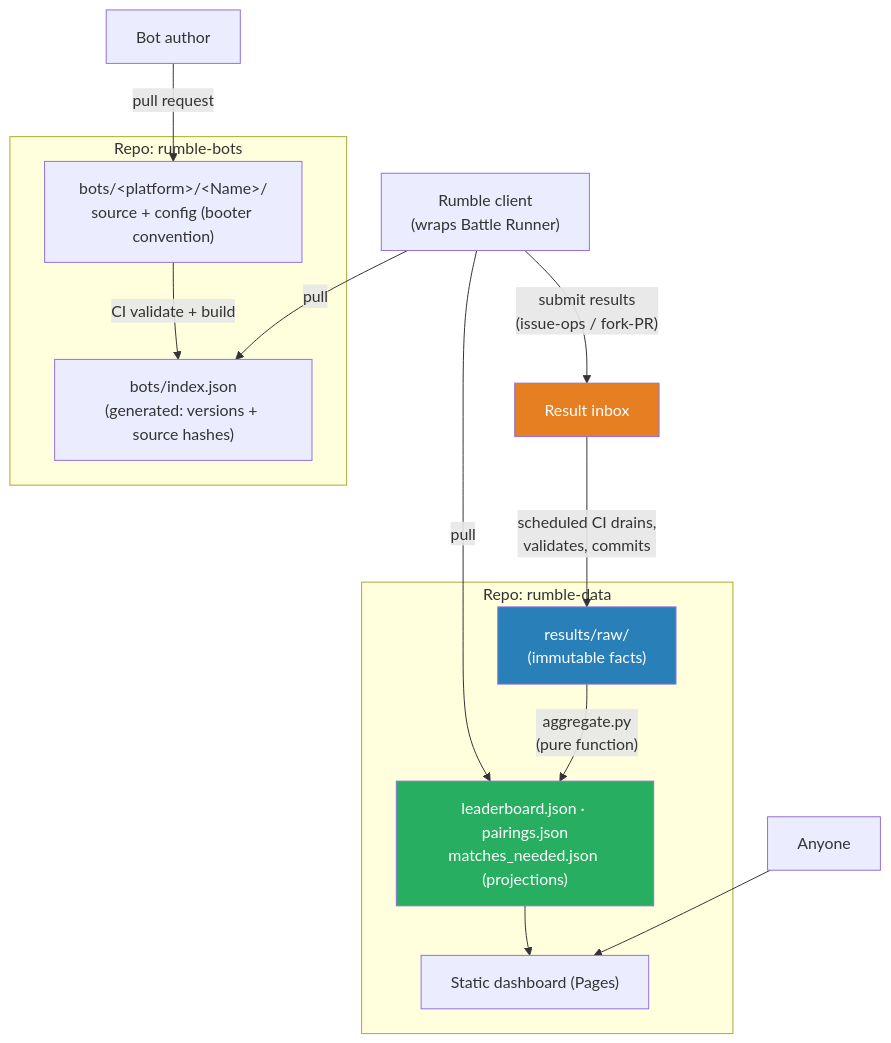
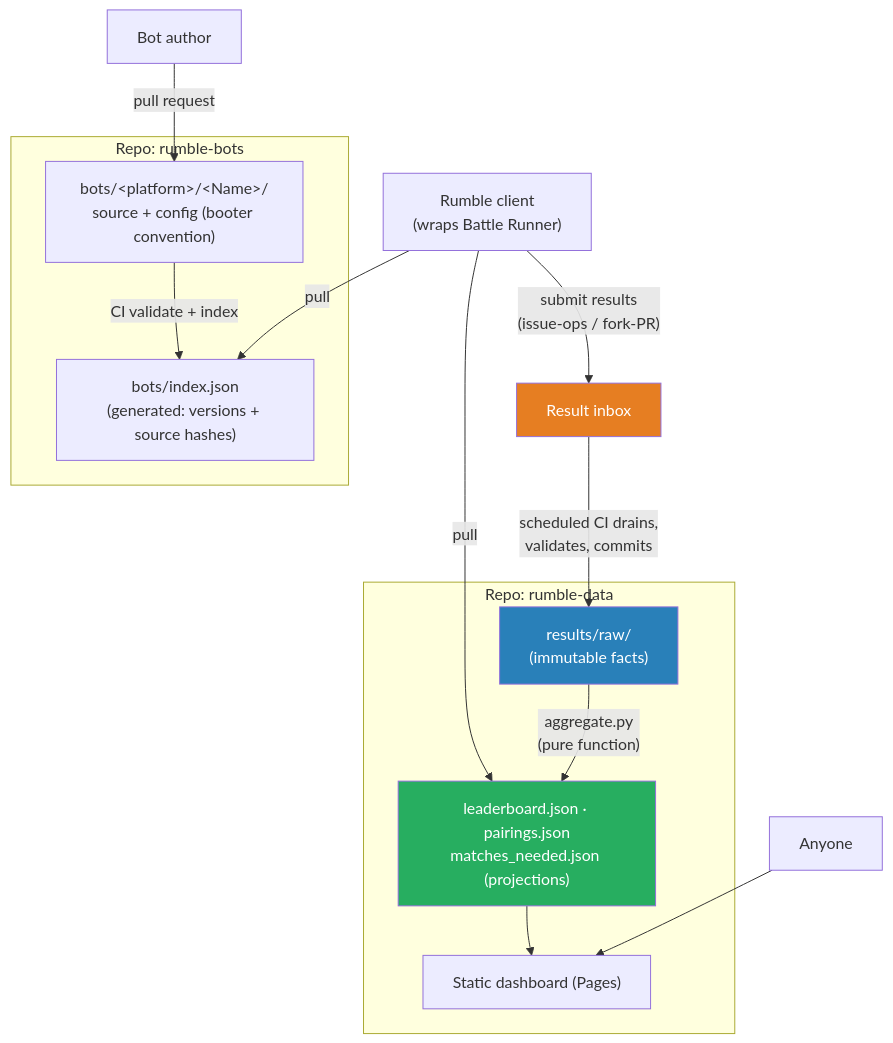
The diagram in docs/design/rumble/README.md (robocode-dev/tank-royale), drawn with Mermaid before and after one commit. The commit also changed other lines of this file and 4 other files, not shown here.

````diff
--- a/docs/design/rumble/README.md
+++ b/docs/design/rumble/README.md
@@ -43,29 +42,29 @@
 ```mermaid
 flowchart TB
     subgraph bots["Repo: rumble-bots"]
         botsrc["bots/&lt;platform&gt;/&lt;Name&gt;/<br/>source + config (booter convention)"]
         botindex["bots/index.json<br/>(generated: versions + source hashes)"]
     end
 
     subgraph data["Repo: rumble-data"]
         raw["results/raw/<br/>(immutable facts)"]
         proj["leaderboard.json · pairings.json<br/>matches_needed.json (projections)"]
         site["Static dashboard (Pages)"]
     end
 
     author["Bot author"] -->|"pull request"| botsrc
-    botsrc -->|"CI validate + build"| botindex
+    botsrc -->|"CI validate + index"| botindex
 
     client["Rumble client<br/>(wraps Battle Runner)"] -->|"pull"| botindex
     client -->|"pull"| proj
     client -->|"submit results<br/>(issue-ops / fork-PR)"| inbox["Result inbox"]
 
     inbox -->|"scheduled CI drains,<br/>validates, commits"| raw
     raw -->|"aggregate.py<br/>(pure function)"| proj
     proj --> site
     viewer["Anyone"] --> site
 
     style raw fill:#2980B9,color:#fff
     style proj fill:#27AE60,color:#fff
     style inbox fill:#E67E22,color:#fff
 ```
````
